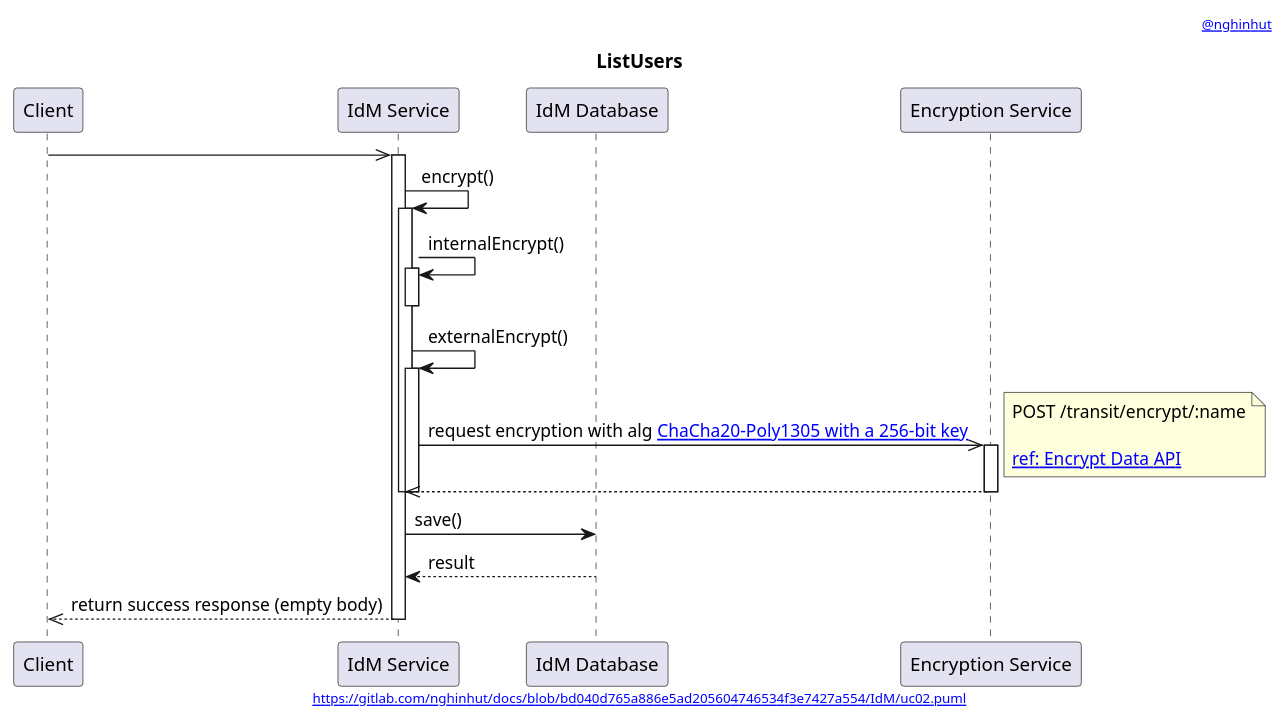
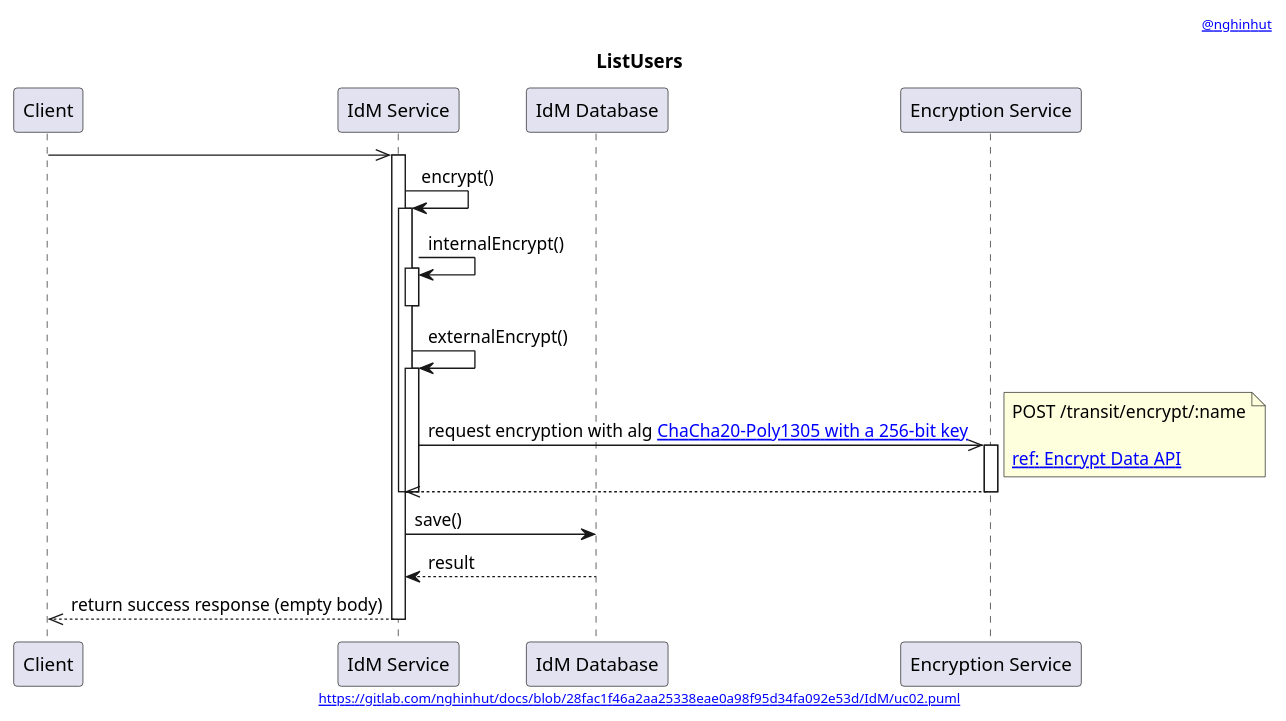
Before and after one commit to nghinhut/docs: the diagram in IdM/uc02.sequence.puml, drawn with PlantUML. The commit also changed 18 other files, not shown here.

Commit message:
Update diagrams

```diff
--- a/IdM/uc02.sequence.puml
+++ b/IdM/uc02.sequence.puml
@@ -1,43 +1,43 @@
 @startuml
 '-----START auto generated metadata please keep comment here to allow auto update-----
 '-----DON'T EDIT THIS SECTION, INSTEAD RE-RUN prebuild.sh TO UPDATE-----
-header [[www.nghinhut.dev?from=http://www.plantuml.com/plantuml/proxy?fmt=svg&src=https://gitlab.com/nghinhut/docs/raw/bd040d765a886e5ad205604746534f3e7427a554/IdM/uc02.puml @nghinhut]]
-footer [[http://www.plantuml.com/plantuml/proxy?fmt=svg&src=https://gitlab.com/nghinhut/docs/raw/bd040d765a886e5ad205604746534f3e7427a554/IdM/uc02.puml https://gitlab.com/nghinhut/docs/blob/bd040d765a886e5ad205604746534f3e7427a554/IdM/uc02.puml]]
+header [[www.nghinhut.dev?from=http%5C%3A%5C%2F%5C%2Fwww%5C.plantuml%5C.com%5C%2Fplantuml%5C%2Fproxy%3Ffmt%3Dsvg%5C%26src%3Dhttps%5C%3A%5C%2F%5C%2Fgitlab%5C.com%5C%2Fnghinhut%5C%2Fdocs%5C%2Fraw%5C%2F28fac1f46a2aa25338eae0a98f95d34fa092e53d%5C%2FIdM%5C%2Fuc02%5C.puml%0A @nghinhut]]
+footer [[http://www.plantuml.com/plantuml/proxy?fmt=svg&src=https://gitlab.com/nghinhut/docs/raw/28fac1f46a2aa25338eae0a98f95d34fa092e53d/IdM/uc02.puml https://gitlab.com/nghinhut/docs/blob/28fac1f46a2aa25338eae0a98f95d34fa092e53d/IdM/uc02.puml]]
 '-----END auto generated metadata please keep comment here to allow auto update-----
 title ListUsers
 
 participant "Client" as client
 participant "IdM Service" as idm
 participant "IdM Database" as db
 participant "Encryption Service" as es
 
 client ->> idm
 activate idm
 
 idm -> idm : encrypt()
 activate idm
 idm -> idm : internalEncrypt()
 activate idm
 deactivate idm
 
 idm -> idm : externalEncrypt()
 activate idm
 idm ->> es : request encryption with alg [[https://www.vaultproject.io/docs/secrets/transit/index.html#chacha20-poly1305 ChaCha20-Poly1305 with a 256-bit key]]
 note right
     POST /transit/encrypt/:name
 
     [[https://www.vaultproject.io/api/secret/transit/index.html#encrypt-data ref: Encrypt Data API]]
 end note
 activate es
 idm <<-- es
 deactivate es
 deactivate idm
 deactivate idm
 
 idm -> db : save()
 idm <-- db : result
 
 client <<-- idm : return success response (empty body)
 deactivate idm
 
 @enduml
```
